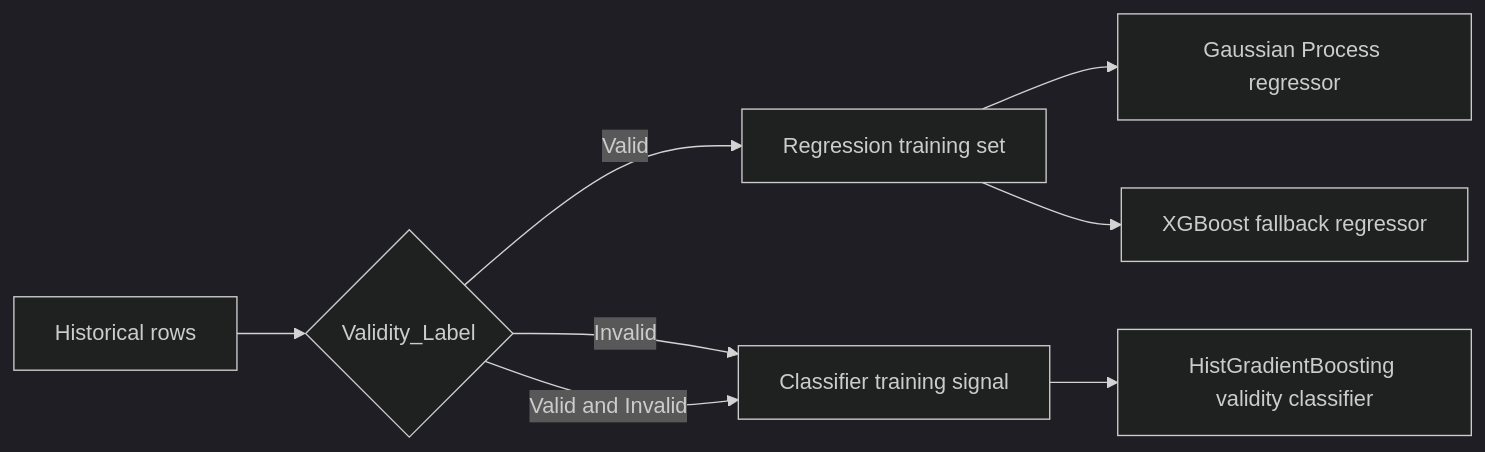
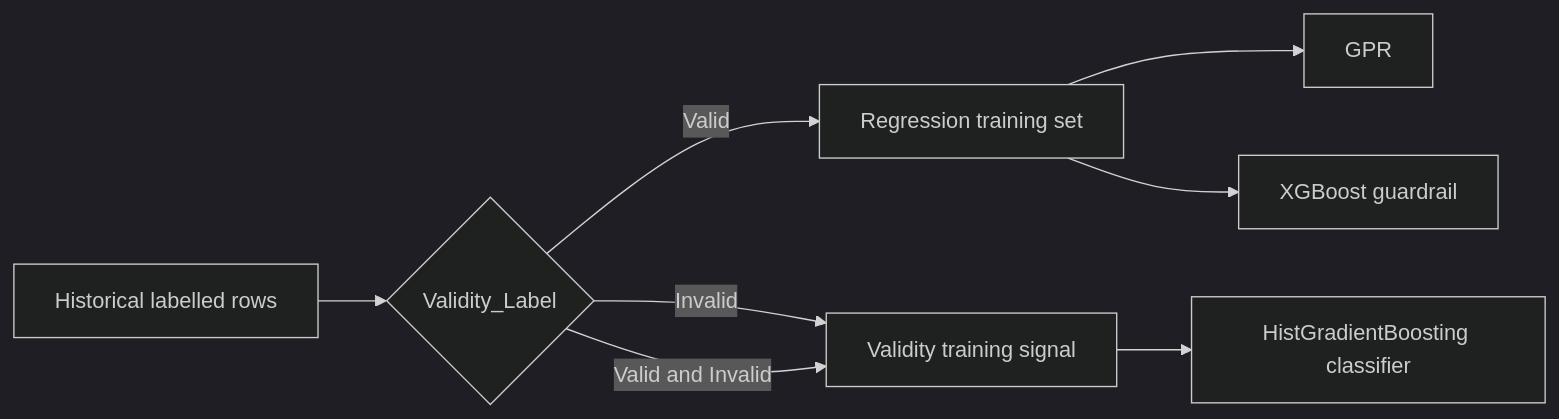
Before and after one commit to sharathprime10-coder/mit_hack: the second of 2 diagrams in ARCHITECTURE.md, drawn with Mermaid (dark theme). The commit also changed other lines of this file and 4 other files, not shown here.

````diff
--- a/ARCHITECTURE.md
+++ b/ARCHITECTURE.md
@@ -45,10 +44,10 @@
 ```mermaid
 flowchart LR
-    A[Historical rows] --> B{Validity_Label}
+    A[Historical labelled rows] --> B{Validity_Label}
     B -->|Valid| C[Regression training set]
-    B -->|Invalid| D[Classifier training signal]
+    B -->|Invalid| D[Validity training signal]
     B -->|Valid and Invalid| D
-    C --> E[Gaussian Process regressor]
-    C --> F[XGBoost fallback regressor]
-    D --> G[HistGradientBoosting validity classifier]
+    C --> E[GPR]
+    C --> F[XGBoost guardrail]
+    D --> G[HistGradientBoosting classifier]
 ```
````
